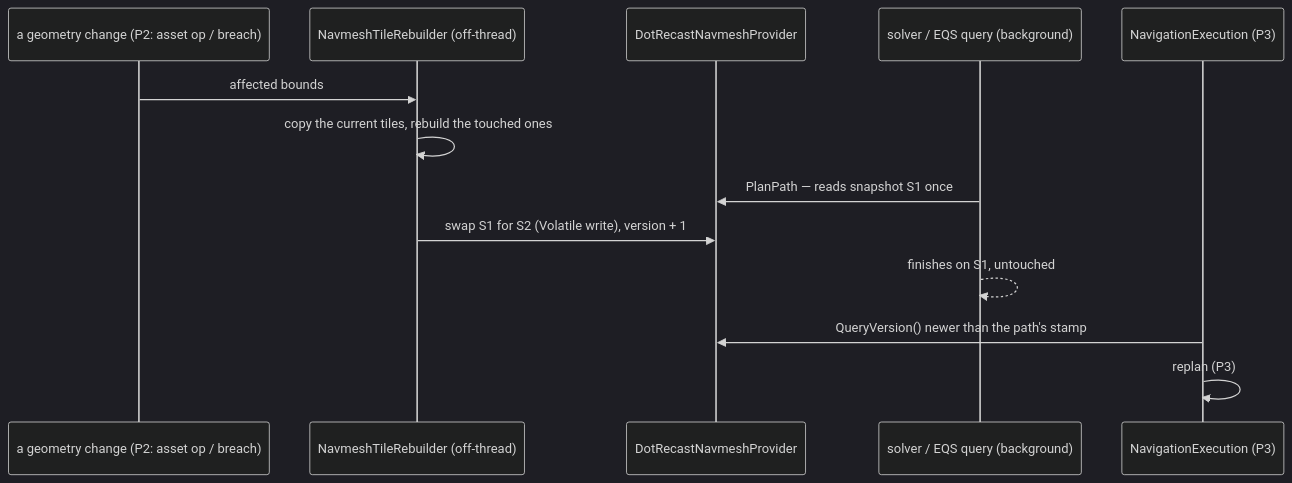
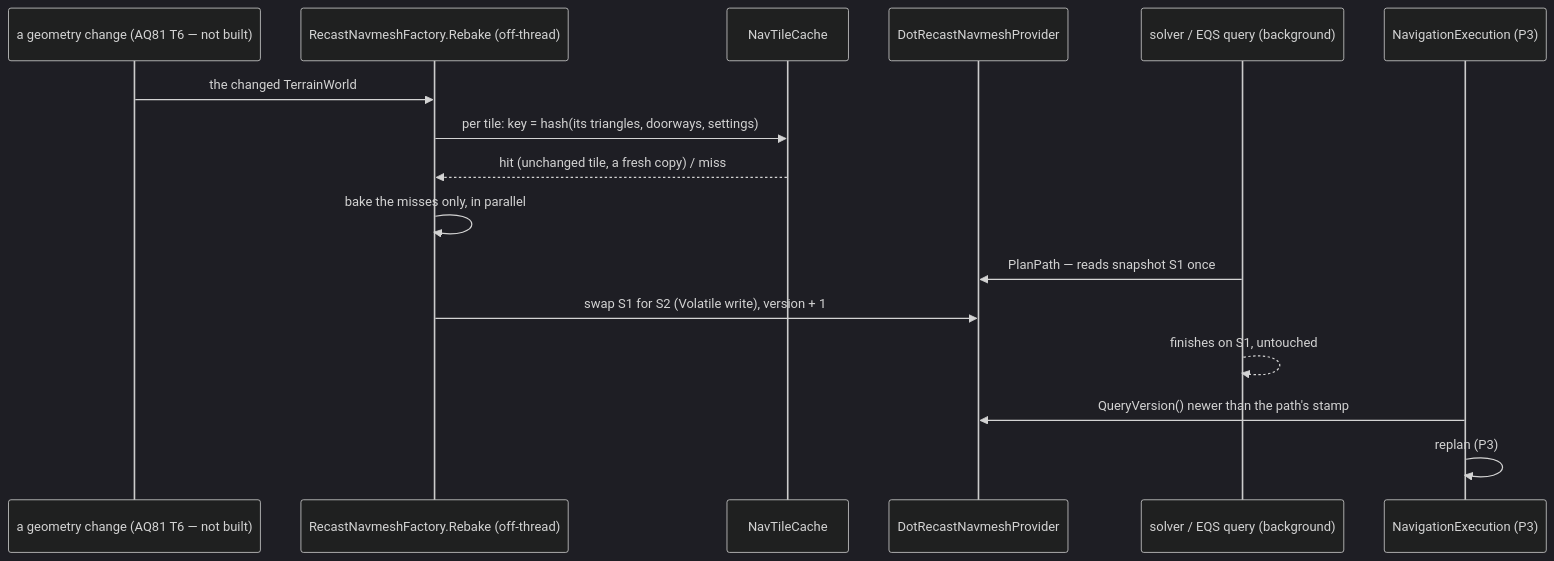
One commit to pjanec/HROT changed the sixth of 7 diagrams in docs/designs/navig-2/Navigation_Design_v2_0.md. Above: the diagram before and after it, drawn with Mermaid (dark theme). The commit also changed other lines of this file and 10 other files, not shown here.

````diff
--- a/docs/designs/navig-2/Navigation_Design_v2_0.md
+++ b/docs/designs/navig-2/Navigation_Design_v2_0.md
@@ -1262,15 +1267,18 @@
 ```mermaid
 sequenceDiagram
-    participant C as a geometry change (P2: asset op / breach)
-    participant B as NavmeshTileRebuilder (off-thread)
+    participant C as a geometry change (AQ81 T6 — not built)
+    participant F as RecastNavmeshFactory.Rebake (off-thread)
+    participant K as NavTileCache
     participant P as DotRecastNavmeshProvider
     participant Q as solver / EQS query (background)
     participant N as NavigationExecution (P3)
-    C->>B: affected bounds
-    B->>B: copy the current tiles, rebuild the touched ones
+    C->>F: the changed TerrainWorld
+    F->>K: per tile: key = hash(its triangles, doorways, settings)
+    K-->>F: hit (unchanged tile, a fresh copy) / miss
+    F->>F: bake the misses only, in parallel
     Q->>P: PlanPath — reads snapshot S1 once
-    B->>P: swap S1 for S2 (Volatile write), version + 1
+    F->>P: swap S1 for S2 (Volatile write), version + 1
     Q-->>Q: finishes on S1, untouched
     N->>P: QueryVersion() newer than the path's stamp
     N->>N: replan (P3)
 ```
````
